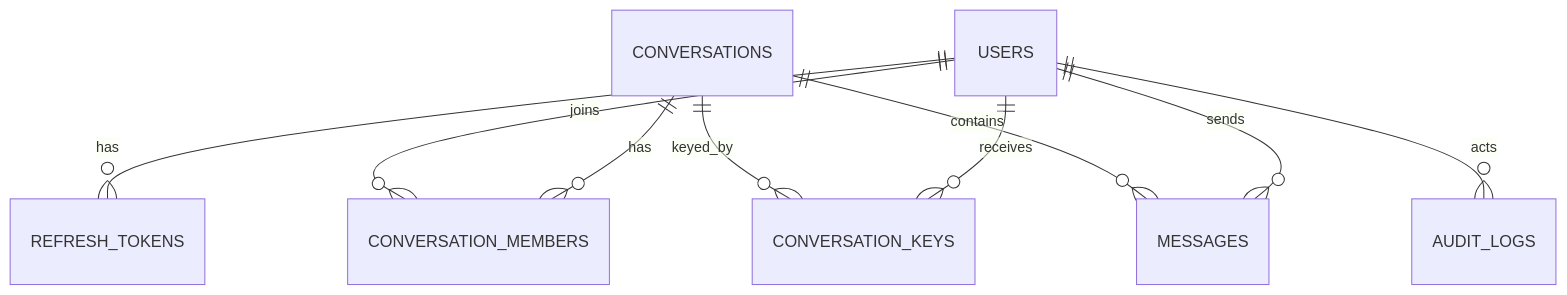
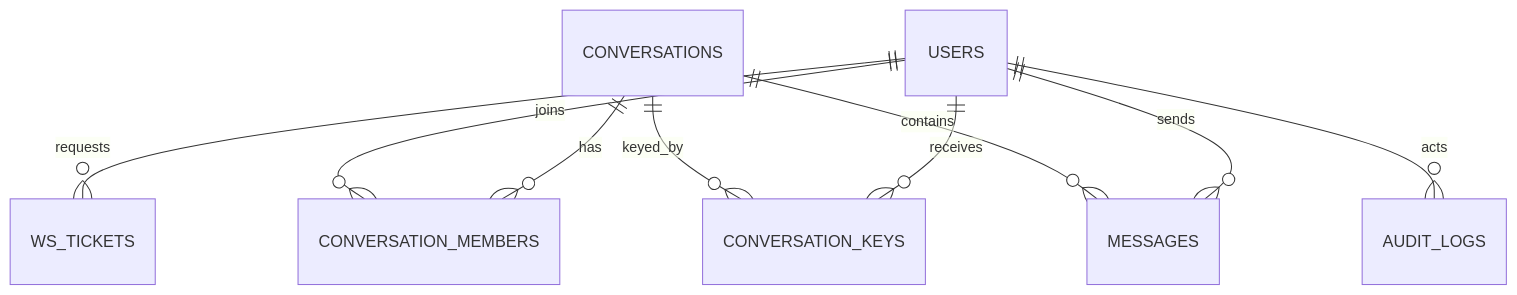
One commit to Silicon-Brains/chat-control changed the second of 5 diagrams in docs/System_Design.md. Above: the diagram before and after it, drawn with Mermaid. The commit also changed other lines of this file and 46 other files, not shown here.

````diff
--- a/docs/System_Design.md
+++ b/docs/System_Design.md
@@ -73,11 +73,11 @@
 ```mermaid
 erDiagram
-  USERS ||--o{ REFRESH_TOKENS : has
+  USERS ||--o{ WS_TICKETS : requests
   USERS ||--o{ CONVERSATION_MEMBERS : joins
   CONVERSATIONS ||--o{ CONVERSATION_MEMBERS : has
   CONVERSATIONS ||--o{ MESSAGES : contains
   CONVERSATIONS ||--o{ CONVERSATION_KEYS : keyed_by
   USERS ||--o{ CONVERSATION_KEYS : receives
   USERS ||--o{ MESSAGES : sends
   USERS ||--o{ AUDIT_LOGS : acts
 ```
````
